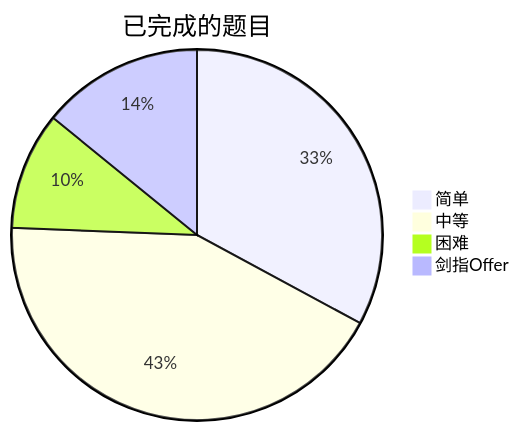
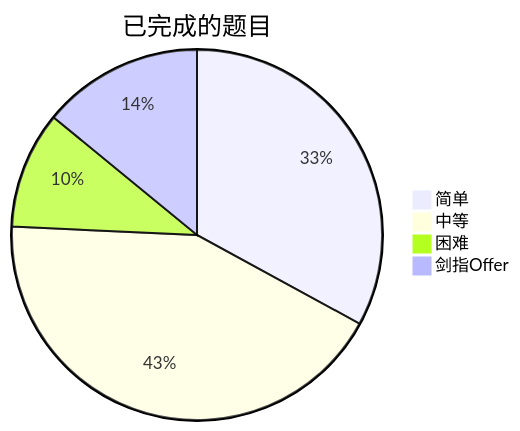
The diagram in README.md (kaisa911/LeetCode), drawn with Mermaid before and after one commit. The commit also changed other lines of this file and 27 other files, not shown here.

````diff
--- a/README.md
+++ b/README.md
@@ -9,7 +9,7 @@
 ```mermaid
 pie title 已完成的题目
-    "简单" : 170
-    "中等" : 221
+    "简单" : 171
+    "中等" : 222
     "困难" : 53
     "剑指Offer" : 73
 ```
````
